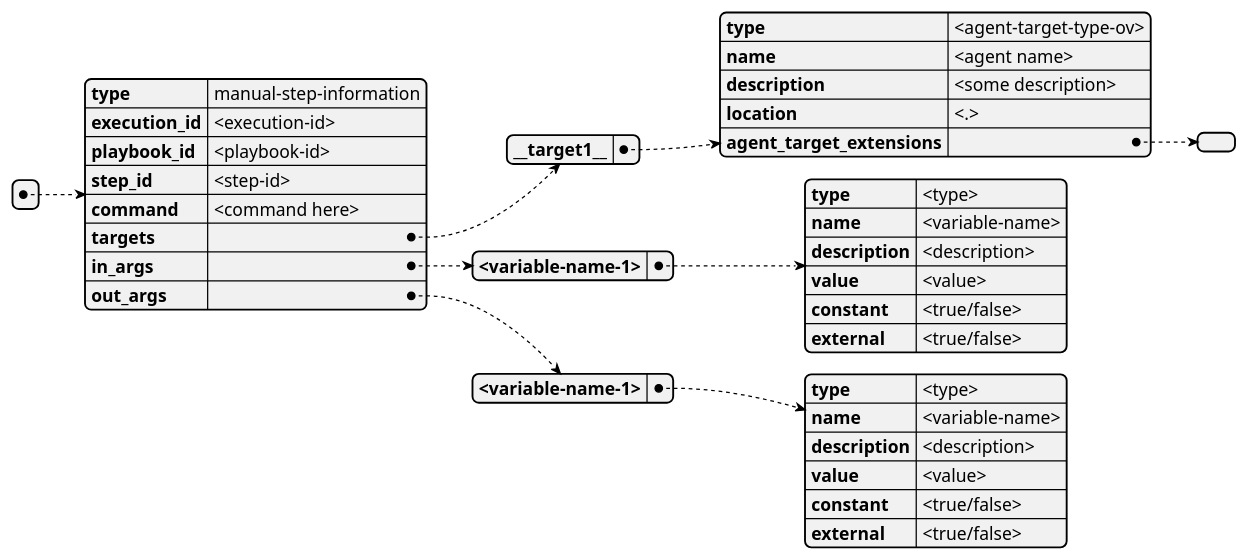
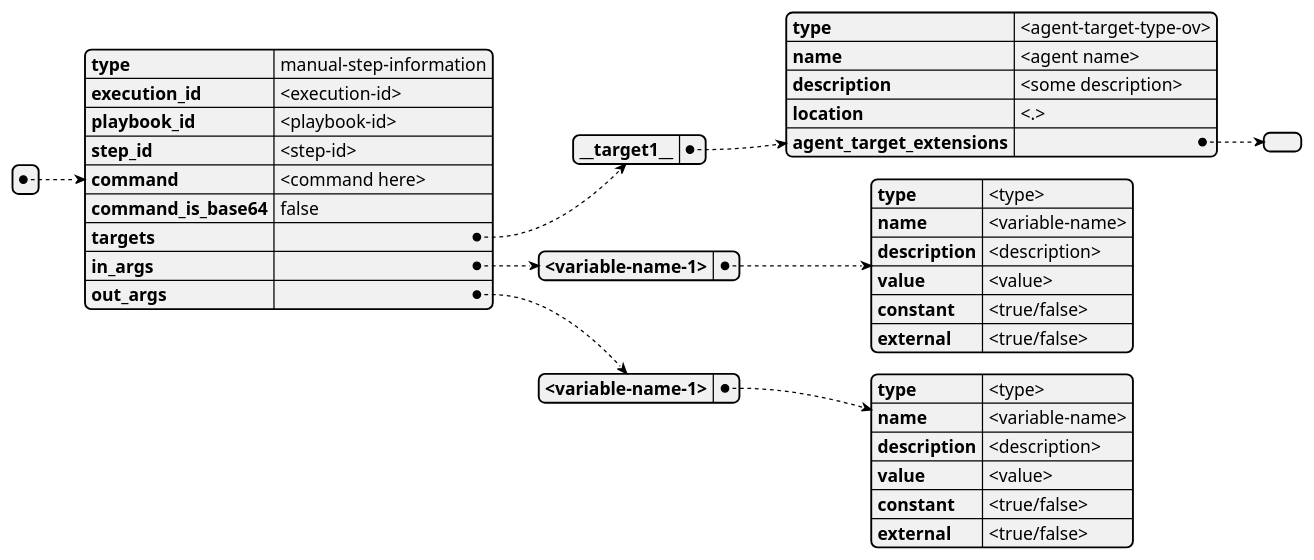
The second of 3 diagrams in docs/content/en/docs/core-components/api-manual.md (COSSAS/SOARCA), drawn with PlantUML before and after one commit. The commit also changed other lines of this file, not shown here.

````diff
--- a/docs/content/en/docs/core-components/api-manual.md
+++ b/docs/content/en/docs/core-components/api-manual.md
@@ -53,42 +55,43 @@
 ```plantuml
 @startjson
 [
     {
         "type" :        "manual-step-information",
         "execution_id" : "<execution-id>",
         "playbook_id" :  "<playbook-id>",
         "step_id" :  "<step-id>",
         "command" : "<command here>",
+        "command_is_base64" : "false",
         "targets" : {
             "__target1__" : {
                 "type" : "<agent-target-type-ov>",
                 "name" : "<agent name>",
                 "description" : "<some description>",
                 "location" : "<.>",
                 "agent_target_extensions" : {}
             }
         },
         "in_args":    {
             "<variable-name-1>" : {
                 "type":         "<type>",
                 "name":         "<variable-name>",
                 "description":  "<description>",
                 "value":        "<value>",
                 "constant":     "<true/false>",
                 "external":     "<true/false>"
             }
         },
         "out_args":    {
             "<variable-name-1>" : {
                 "type":         "<type>",
                 "name":         "<variable-name>",
                 "description":  "<description>",
                 "value":        "<value>",
                 "constant":     "<true/false>",
                 "external":     "<true/false>"
             }
         }
     }
 ]
 @endjson
 ```
````
